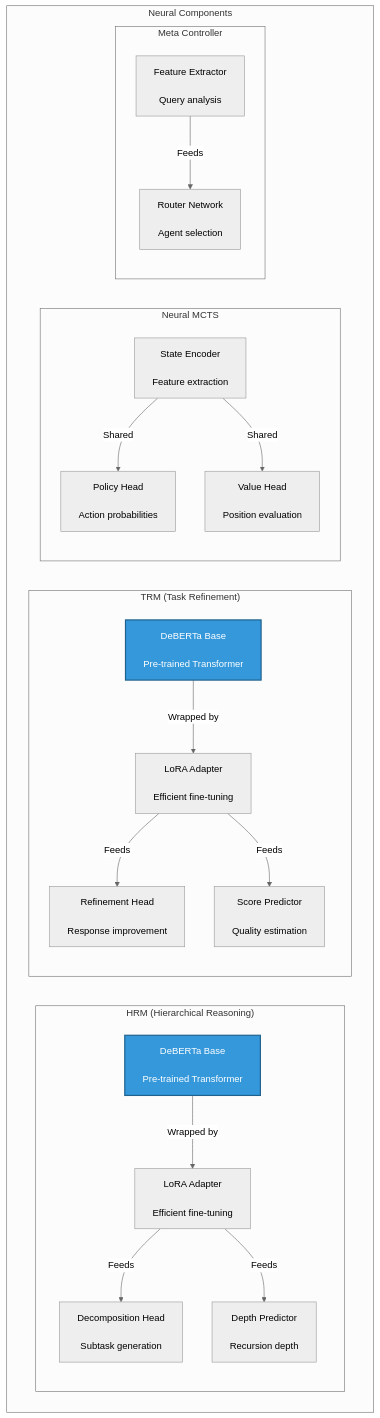
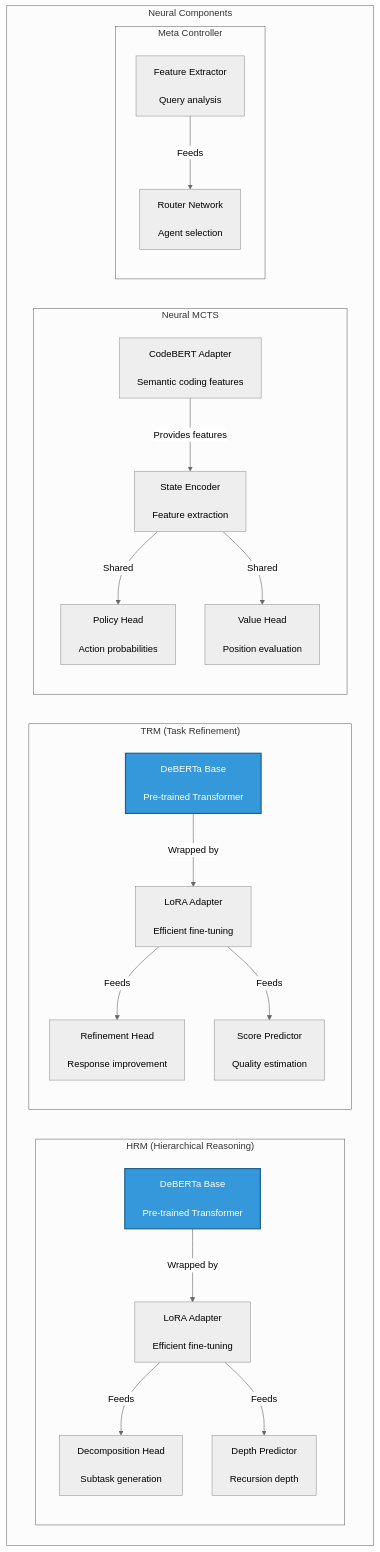
One commit to ianshank/langgraph_multi_agent_mcts changed the fourth of 5 diagrams in docs/C4_ARCHITECTURE.md. Above: the diagram before and after it, drawn with Mermaid (neutral theme). The commit also changed other lines of this file and 85 other files, not shown here.

````diff
--- a/docs/C4_ARCHITECTURE.md
+++ b/docs/C4_ARCHITECTURE.md
@@ -258,45 +277,47 @@
 ```mermaid
 graph TB
     subgraph "Neural Components"
         subgraph "HRM (Hierarchical Reasoning)"
             HRMBase[DeBERTa Base<br/><br/>Pre-trained Transformer]
             HRMLoRA[LoRA Adapter<br/><br/>Efficient fine-tuning]
             DecompHead[Decomposition Head<br/><br/>Subtask generation]
             DepthHead[Depth Predictor<br/><br/>Recursion depth]
         end
 
         subgraph "TRM (Task Refinement)"
             TRMBase[DeBERTa Base<br/><br/>Pre-trained Transformer]
             TRMLoRA[LoRA Adapter<br/><br/>Efficient fine-tuning]
             RefineHead[Refinement Head<br/><br/>Response improvement]
             ScoreHead[Score Predictor<br/><br/>Quality estimation]
         end
 
         subgraph "Neural MCTS"
             StateEnc[State Encoder<br/><br/>Feature extraction]
+            CodeBERT[CodeBERT Adapter<br/><br/>Semantic coding features]
             PolicyNet[Policy Head<br/><br/>Action probabilities]
             ValueNet[Value Head<br/><br/>Position evaluation]
         end
 
         subgraph "Meta Controller"
             RouterNet[Router Network<br/><br/>Agent selection]
             FeatureExt[Feature Extractor<br/><br/>Query analysis]
         end
     end
 
     HRMBase -->|Wrapped by| HRMLoRA
     HRMLoRA -->|Feeds| DecompHead
     HRMLoRA -->|Feeds| DepthHead
 
     TRMBase -->|Wrapped by| TRMLoRA
     TRMLoRA -->|Feeds| RefineHead
     TRMLoRA -->|Feeds| ScoreHead
 
     StateEnc -->|Shared| PolicyNet
     StateEnc -->|Shared| ValueNet
+    CodeBERT -->|Provides features| StateEnc
 
     FeatureExt -->|Feeds| RouterNet
 
     style HRMBase fill:#3498DB,stroke:#1F618D,stroke-width:2px,color:#fff
     style TRMBase fill:#3498DB,stroke:#1F618D,stroke-width:2px,color:#fff
 ```
````
